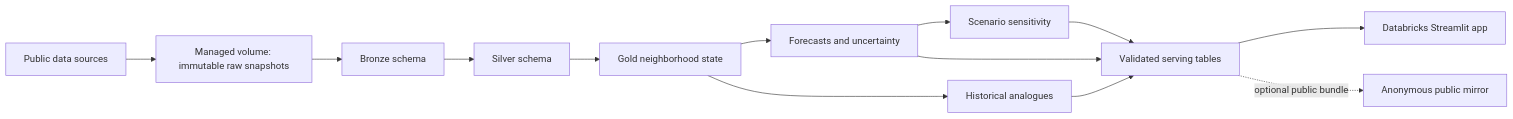
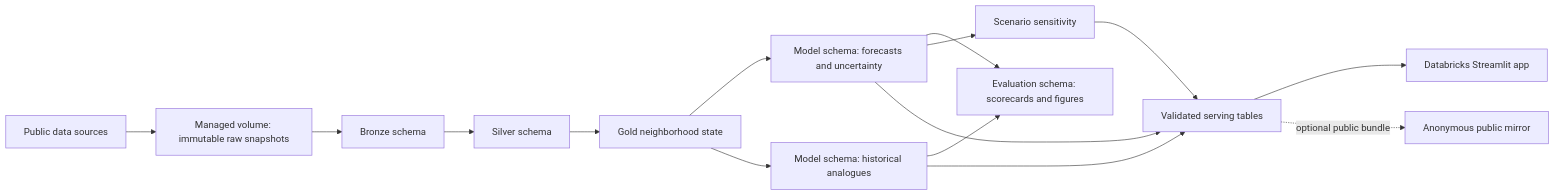
The diagram in docs/ARCHITECTURE.md (n-tamm/neighborhood-digital-twin), drawn with Mermaid before and after one commit. The commit also changed other lines of this file and 13 other files, not shown here.

Commit message:
Added dedicated model evaluation schemas and diagnostics

````diff
--- a/docs/ARCHITECTURE.md
+++ b/docs/ARCHITECTURE.md
@@ -5,15 +5,17 @@
 ```mermaid
 flowchart LR
     A[Public data sources] --> B[Managed volume: immutable raw snapshots]
     B --> C[Bronze schema]
     C --> D1[Silver schema]
     D1 --> D[Gold neighborhood state]
-    D --> E[Forecasts and uncertainty]
-    D --> F[Historical analogues]
+    D --> E[Model schema: forecasts and uncertainty]
+    D --> F[Model schema: historical analogues]
+    E --> V[Evaluation schema: scorecards and figures]
+    F --> V
     E --> G[Scenario sensitivity]
     E --> H[Validated serving tables]
     F --> H
     G --> H
     H --> I[Databricks Streamlit app]
     H -. optional public bundle .-> J[Anonymous public mirror]
 ```
````
